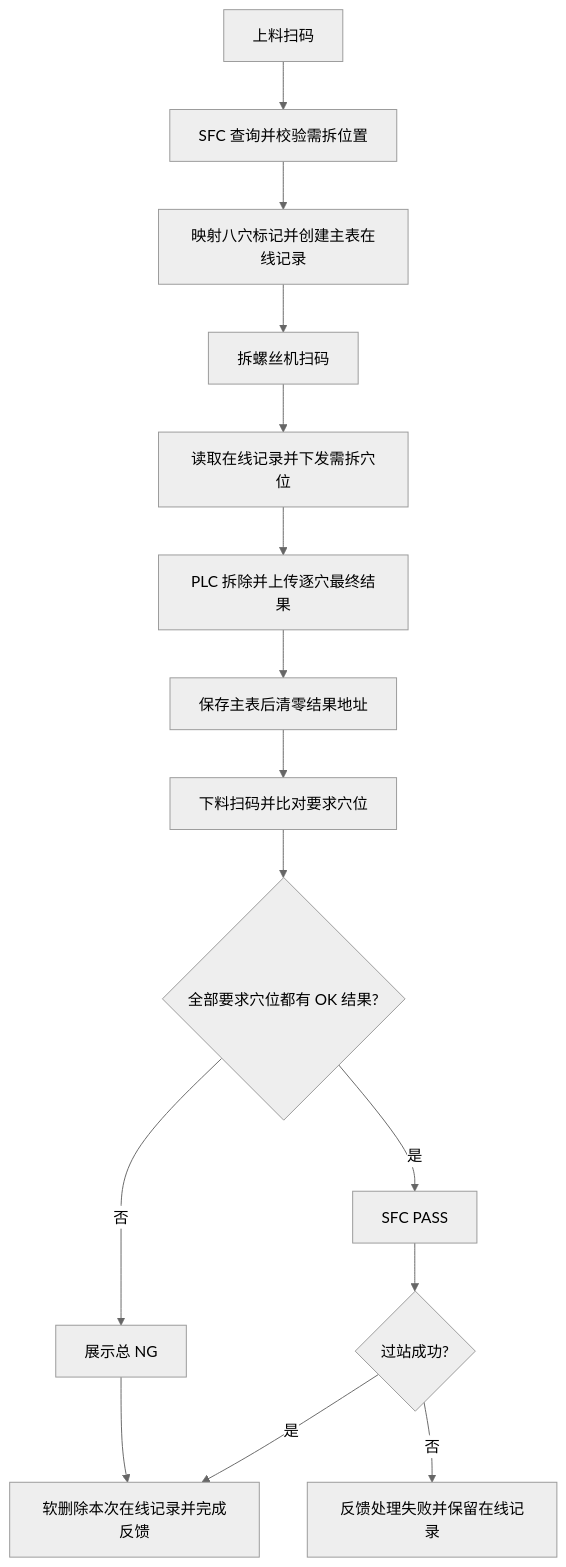
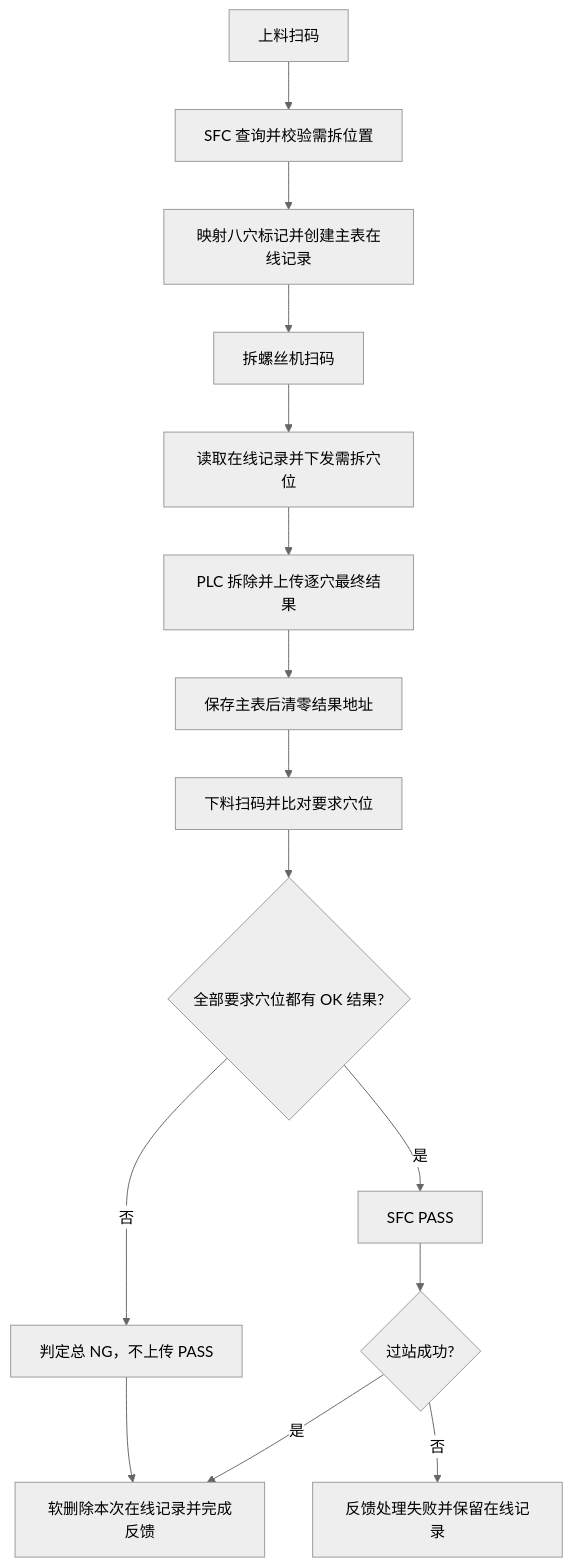
Before and after one commit to NullRefer/SocammRework: the diagram in doc/业务流程说明.md, drawn with Mermaid (neutral theme). The commit also changed other lines of this file and 35 other files, not shown here.

First line of the commit message:
Refactor UnscrewFlow and FlowIoService; remove unused models and providers

````diff
--- a/doc/业务流程说明.md
+++ b/doc/业务流程说明.md
@@ -19,17 +19,17 @@
 ```mermaid
 flowchart TD
     A[上料扫码] --> B[SFC 查询并校验需拆位置]
     B --> C[映射八穴标记并创建主表在线记录]
     C --> D[拆螺丝机扫码]
     D --> E[读取在线记录并下发需拆穴位]
     E --> F[PLC 拆除并上传逐穴最终结果]
     F --> G[保存主表后清零结果地址]
     G --> H[下料扫码并比对要求穴位]
     H --> I{全部要求穴位都有 OK 结果?}
     I -->|是| J[SFC PASS]
     J --> K{过站成功?}
     K -->|是| L[软删除本次在线记录并完成反馈]
     K -->|否| M[反馈处理失败并保留在线记录]
-    I -->|否| N[展示总 NG]
+    I -->|否| N[判定总 NG，不上传 PASS]
     N --> L
 ```
````
